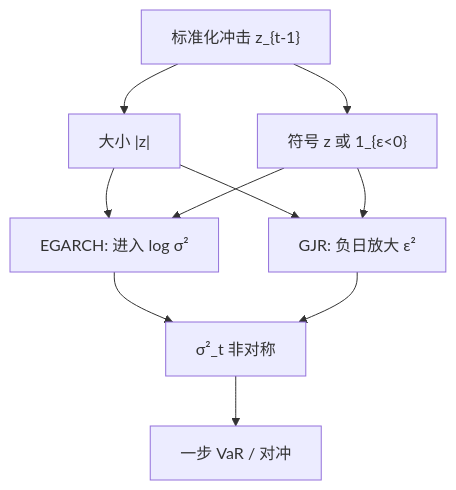
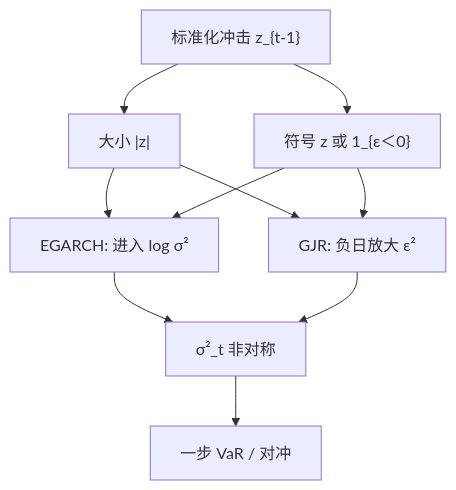
One commit to xhongduo-tech/xhongduo-tech.github.io changed the diagram in docs/quant/egarch-gjr.md. Above: the diagram before and after it, drawn with Mermaid. The commit also changed other lines of this file and 772 other files, not shown here.

````diff
--- a/docs/quant/egarch-gjr.md
+++ b/docs/quant/egarch-gjr.md
@@ -72,12 +72,12 @@
 ```mermaid
 flowchart TD
   Z["标准化冲击 z_{t-1}"] --> MAG["大小 |z|"]
-  Z --> SGN["符号 z 或 1_{ε<0}"]
+  Z --> SGN["符号 z 或 1_{ε＜0}"]
   MAG --> EG["EGARCH: 进入 log σ²"]
   SGN --> EG
   MAG --> GJR["GJR: 负日放大 ε²"]
   SGN --> GJR
   EG --> SIG["σ²_t 非对称"]
   GJR --> SIG
   SIG --> VAR["一步 VaR / 对冲"]
 ```
````
